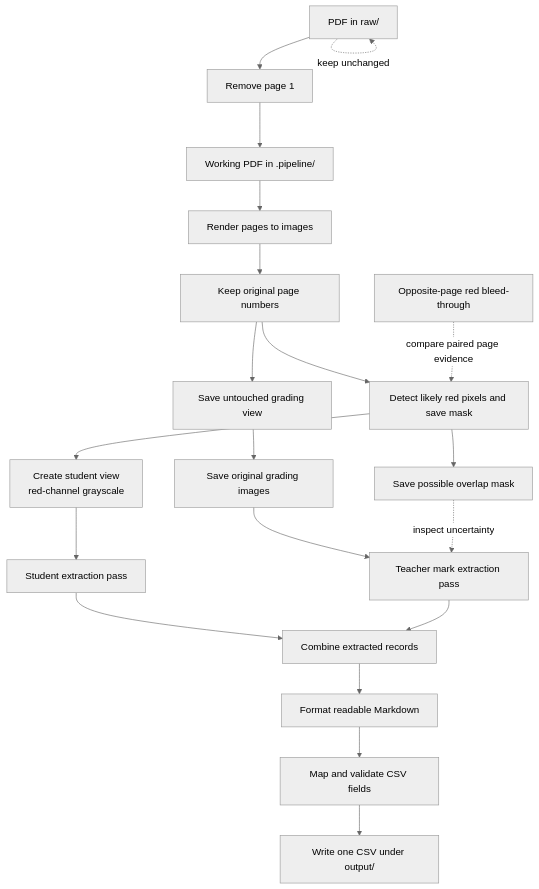
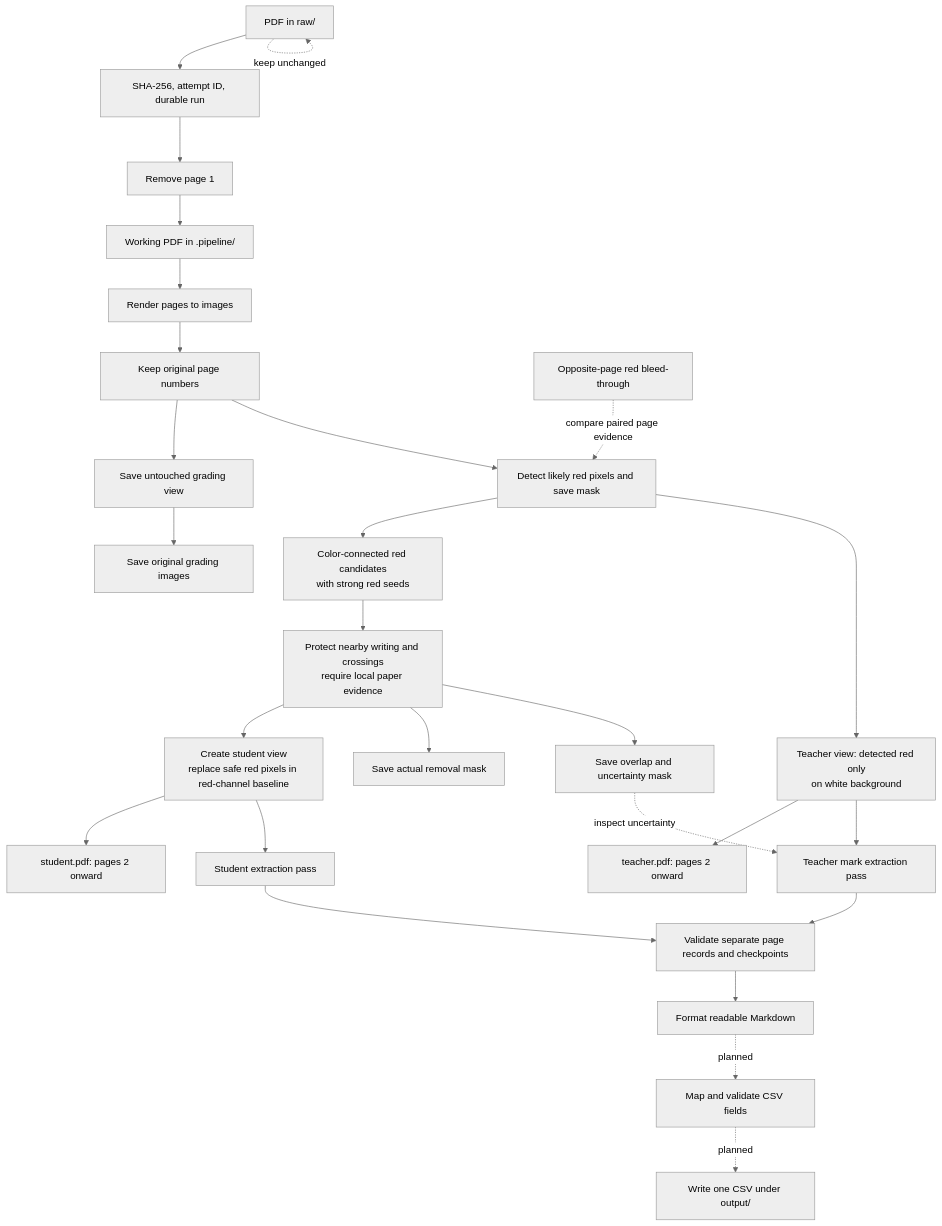
The diagram in docs/pipeline-flow.md (PrameKung/capstone-pipeline-pdf-to-dataset), drawn with Mermaid (neutral theme) before and after one commit. The commit also changed other lines of this file and 29 other files, not shown here.

First line of the commit message:
Add resumable Docker OCR with separated student and teacher views

````diff
--- a/docs/pipeline-flow.md
+++ b/docs/pipeline-flow.md
@@ -5,24 +5,31 @@
 ```mermaid
 flowchart TD
-    A[PDF in raw/] --> B[Remove page 1]
+    A[PDF in raw/] --> CKS[SHA-256, attempt ID, durable run]
+    CKS --> B[Remove page 1]
     A -. keep unchanged .-> A
     B --> C[Working PDF in .pipeline/]
     C --> D[Render pages to images]
     D --> E[Keep original page numbers]
     E --> F[Save untouched grading view]
     E --> G[Detect likely red pixels and save mask]
     F --> H[Save original grading images]
-    G --> I[Create student view<br/>red-channel grayscale]
-    G --> J[Save possible overlap mask]
+    G --> R[Color-connected red candidates<br/>with strong red seeds]
+    G --> U[Teacher view: detected red only<br/>on white background]
+    U --> V[teacher.pdf: pages 2 onward]
+    R --> S[Protect nearby writing and crossings<br/>require local paper evidence]
+    S --> I[Create student view<br/>replace safe red pixels in red-channel baseline]
+    I --> W[student.pdf: pages 2 onward]
+    S --> T[Save actual removal mask]
+    S --> J[Save overlap and uncertainty mask]
 
     I --> K[Student extraction pass]
-    H --> L[Teacher mark extraction pass]
-    K --> M[Combine extracted records]
+    U --> L[Teacher mark extraction pass]
+    K --> M[Validate separate page records and checkpoints]
     L --> M
     M --> N[Format readable Markdown]
-    N --> O[Map and validate CSV fields]
-    O --> P[Write one CSV under output/]
+    N -. planned .-> O[Map and validate CSV fields]
+    O -. planned .-> P[Write one CSV under output/]
 
     Q[Opposite-page red bleed-through] -. compare paired page evidence .-> G
     J -. inspect uncertainty .-> L
 ```
````
